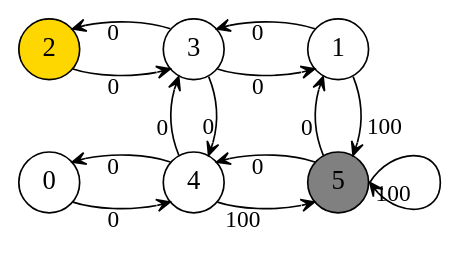
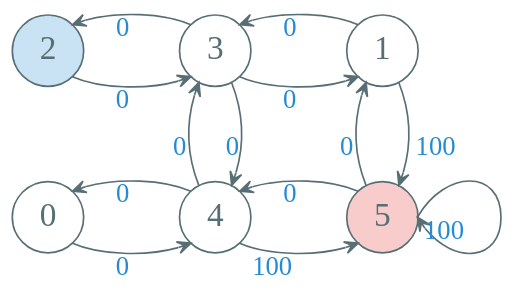
One commit to Avanti1980/presentation changed the fifth of 13 diagrams in 190731-rl-intro/190731-rl-intro-notes.md. Above: the diagram before and after it, drawn with Graphviz. The commit also changed other lines of this file and 5 other files, not shown here.

````diff
--- a/190731-rl-intro/190731-rl-intro-notes.md
+++ b/190731-rl-intro/190731-rl-intro-notes.md
@@ -1173,26 +652,27 @@
 ```dot
 digraph g {
-  graph [ranksep=0.7 nodesep=0.6]
-  node [shape=circle fontsize=16 fontname="Source Sans Pro"]
-  edge [arrowhead=vee arrowsize=0.8]
-  rankdir=LR
+  graph [ranksep=0.8 nodesep=0.8]
+    node [shape=circle color="#586e75" fontcolor="#586e75" fontsize=20 fontname="EBG, fzlz"]
+    edge [arrowhead=vee color="#586e75" fontcolor="#268bd2" fontsize=16 arrowsize=0.8]
+    rankdir=LR
+    bgcolor="transparent"
 
   0 -> 4 -> 0 [xlabel=0]
 
   {1, 4} -> 5 [xlabel=100]
   5:e -> 5:e [xlabel=100]
 
   5 -> {1, 4} [xlabel=0]
 
   2 -> 3 -> 1 -> 3 -> 2 [xlabel=0]
 
   3 -> 4 -> 3 [xlabel=0]
 
-  5 [fillcolor=gray, style=filled]
-  2 [fillcolor=gold, style=filled]
+  5 [fillcolor="#dc322f3f", style=filled]
+  2 [fillcolor="#268bd23f", style=filled]
 
   {rank = same; 0; 2;}
   {rank = same; 3; 4;}
   {rank = same; 1; 5;}
 }
 ```
````
